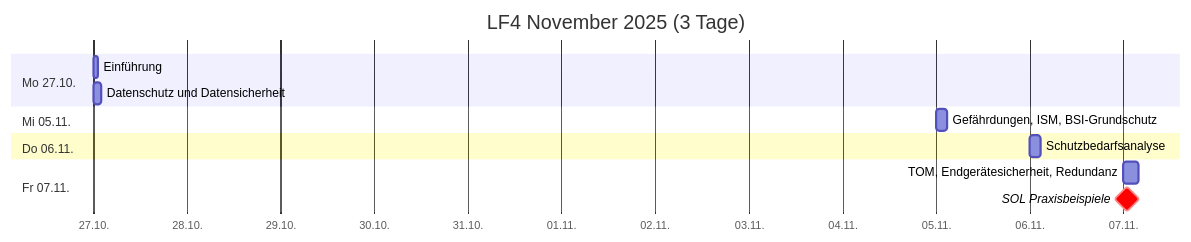
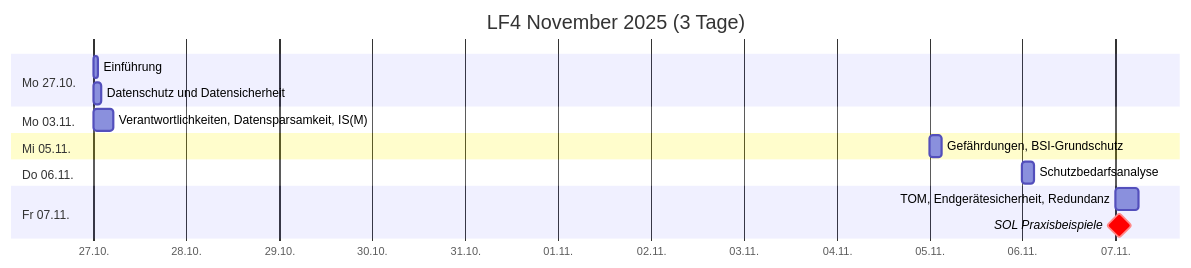
The first of 4 diagrams in src/plan.md (johannesloetzsch/LF4), drawn with Mermaid before and after one commit.

Commit message:
zusätzliche Stunden aus LF2

````diff
--- a/src/plan.md
+++ b/src/plan.md
@@ -7,16 +7,18 @@
 ```mermaid
 gantt
  title LF4 November 2025 (3 Tage)
  dateFormat YYYY-MM-DD
  axisFormat %d.%m.
  section Mo 27.10.
   Einführung                      :2025-10-27, 1h
   Datenschutz und Datensicherheit :2025-10-27, 2h
+ section Mo 03.11.
+  Verantwortlichkeiten, Datensparsamkeit, IS(M) :2025-10-27, 5h
  section Mi 05.11.
-  Gefährdungen, ISM, BSI-Grundschutz   :2025-11-05, 3h
+  Gefährdungen, BSI-Grundschutz   :2025-11-05, 3h
  section Do 06.11.
   Schutzbedarfsanalyse            :2025-11-06, 3h
  section Fr 07.11.
-  TOM, Endgerätesicherheit, Redundanz  :2025-11-07, 4h
+  TOM, Endgerätesicherheit, Redundanz  :2025-11-07, 6h
   SOL Praxisbeispiele             :crit, milestone, 2025-11-07, 2h
 ```
````
